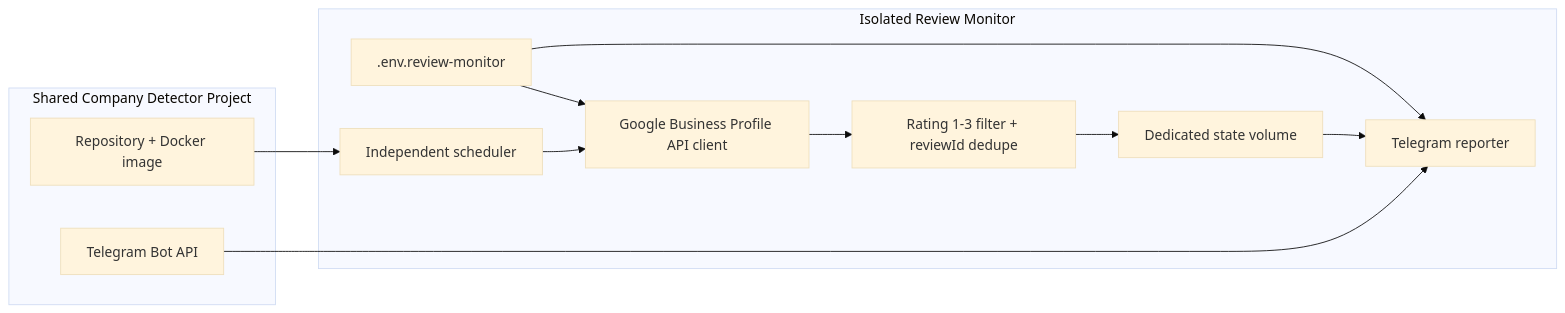
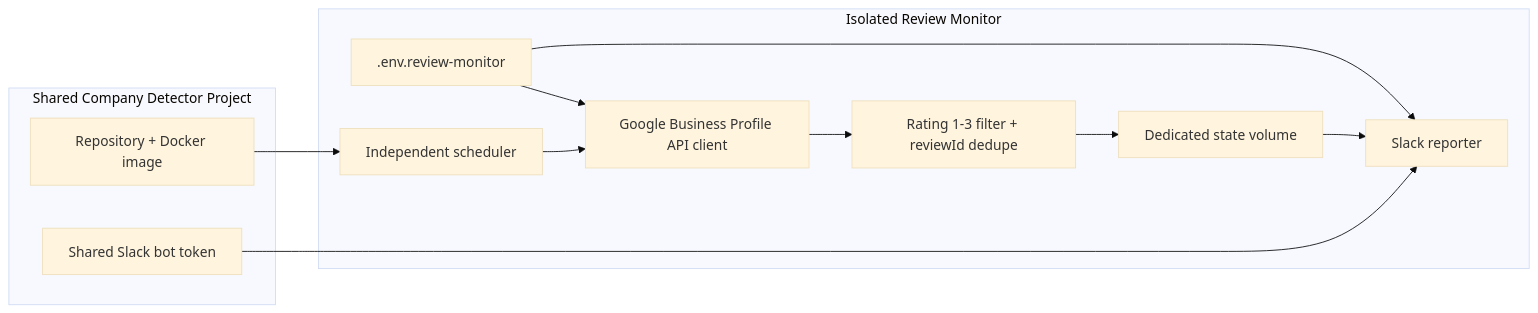
The first of 2 diagrams in docs/technical/GOOGLE_REVIEW_MONITOR.md (nunutech40/company-detector-bot), drawn with Mermaid (base theme) before and after one commit. The commit also changed other lines of this file and 13 other files, not shown here.

````diff
--- a/docs/technical/GOOGLE_REVIEW_MONITOR.md
+++ b/docs/technical/GOOGLE_REVIEW_MONITOR.md
@@ -42,22 +42,22 @@
 ```mermaid
 flowchart LR
   subgraph shared["Shared Company Detector Project"]
     Repo["Repository + Docker image"]
-    TelegramCredential["Telegram Bot API"]
+    SlackCredential["Shared Slack bot token"]
   end
 
   subgraph isolated["Isolated Review Monitor"]
     Scheduler["Independent scheduler"]
     GBP["Google Business Profile API client"]
     Filter["Rating 1-3 filter + reviewId dedupe"]
     State["Dedicated state volume"]
-    Reporter["Telegram reporter"]
+    Reporter["Slack reporter"]
     Env[".env.review-monitor"]
   end
 
   Repo --> Scheduler
   Env --> GBP
   Env --> Reporter
   Scheduler --> GBP --> Filter --> State --> Reporter
-  TelegramCredential --> Reporter
+  SlackCredential --> Reporter
 ```
````
